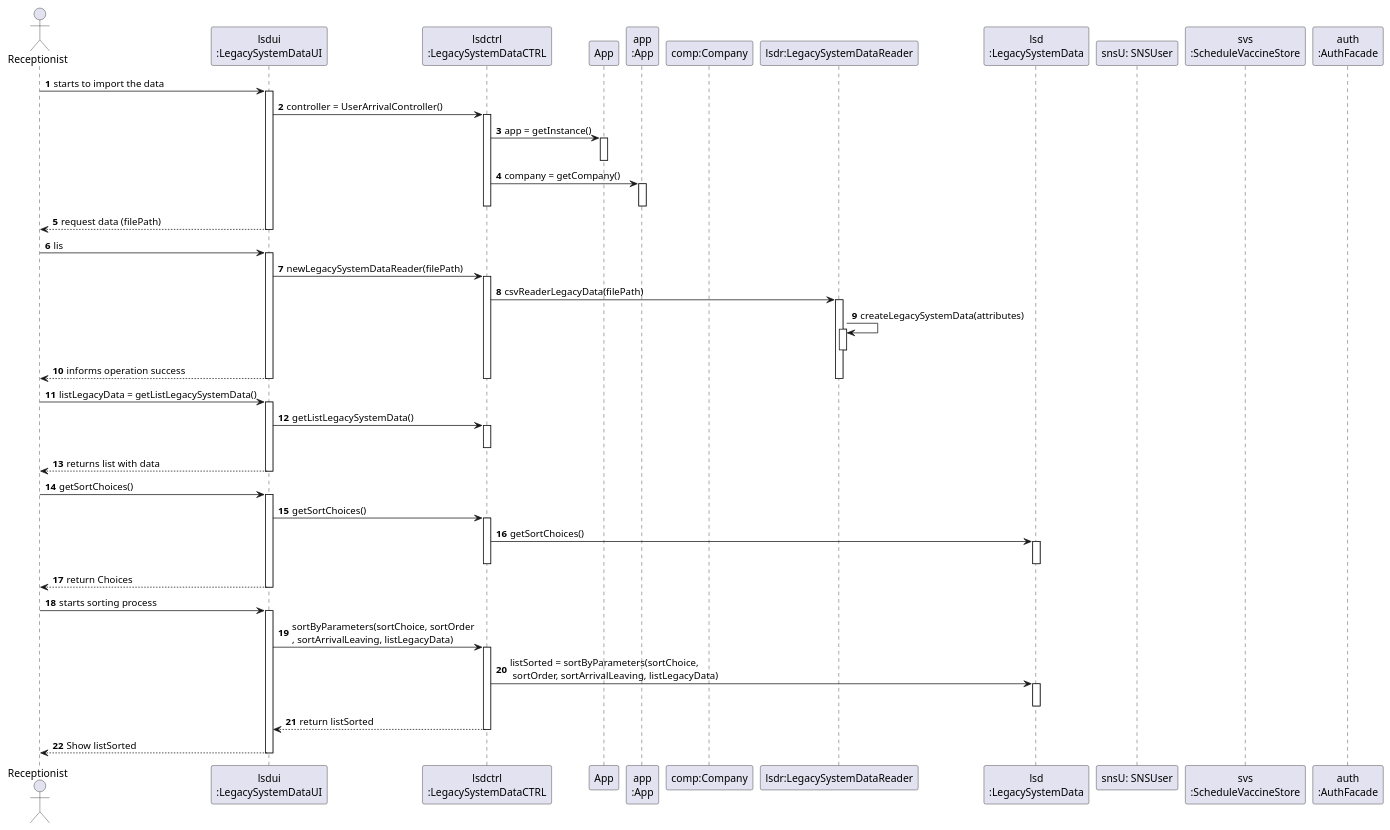
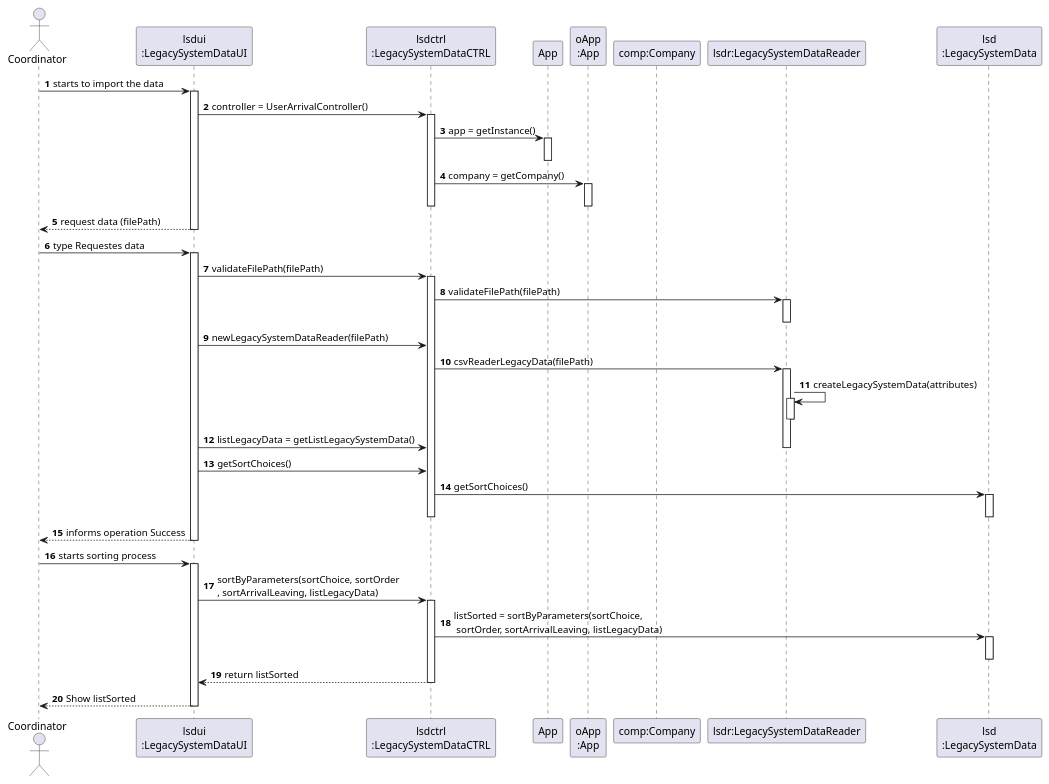
One commit to diogonapoles/isep-lapr2 changed the diagram in docs/SprintD/US17/US17_SD.puml. Above: the diagram before and after it, drawn with PlantUML. The commit also changed 16 other files, not shown here.

```diff
--- a/docs/SprintD/US17/US17_SD.puml
+++ b/docs/SprintD/US17/US17_SD.puml
@@ -1,118 +1,106 @@
 @startuml
 
 autonumber
-actor "Receptionist" as RCP
+actor "Coordinator" as COO
 
 
 participant "lsdui\n:LegacySystemDataUI" as UI
 participant "lsdctrl\n:LegacySystemDataCTRL" as CTRL
 participant "App" as APP
-participant "app\n:App" as App
+participant "oApp\n:App" as App
 participant "comp:Company" as COMP
 participant "lsdr:LegacySystemDataReader" as LSDR
 participant "lsd\n:LegacySystemData" as LSD
-participant "snsU: SNSUser" as snsU
-participant "svs\n:ScheduleVaccineStore" as SVS
-participant "auth\n:AuthFacade" as AF
 
 
 
-RCP -> UI : starts to import the data
+
+COO -> UI : starts to import the data
 activate UI
 UI -> CTRL : controller = UserArrivalController()
 activate CTRL
 CTRL -> APP : app = getInstance()
 activate APP
 deactivate APP
 CTRL -> App : company = getCompany()
 activate App
 deactivate App
 
 deactivate CTRL
 
-UI --> RCP : request data (filePath)
+UI --> COO : request data (filePath)
 deactivate UI
 
-RCP -> UI : lis
+COO -> UI : type Requestes data
 activate UI
 
+UI-> CTRL: validateFilePath(filePath)
+activate CTRL
+
+CTRL-> LSDR :validateFilePath(filePath)
+activate LSDR
+deactivate LSDR
 UI -> CTRL : newLegacySystemDataReader(filePath)
-activate CTRL
+
 
 CTRL -> LSDR : csvReaderLegacyData(filePath)
 activate LSDR
 
 
 LSDR -> LSDR : createLegacySystemData(attributes)
 activate LSDR
 deactivate LSDR
 
-
-UI --> RCP : informs operation success
+UI -> CTRL : listLegacyData = getListLegacySystemData()
 deactivate LSDR
-deactivate CTRL
-deactivate UI
-
-
-RCP -> UI : listLegacyData = getListLegacySystemData()
-activate UI
-
-UI -> CTRL : getListLegacySystemData()
-activate CTRL
-deactivate CTRL
-
-UI --> RCP : returns list with data
-deactivate LSDR
-deactivate CTRL
-deactivate UI
 
 
 
-RCP -> UI : getSortChoices()
-activate UI
+
+
 
 UI -> CTRL : getSortChoices()
-activate CTRL
+
 
 
 CTRL -> LSD : getSortChoices()
 activate LSD
 deactivate LSD
 deactivate CTRL
 
 
-UI --> RCP : return Choices
+UI --> COO : informs operation Success
 
 deactivate LSDR
 deactivate CTRL
 deactivate UI
 
 
 
 
-RCP -> UI : starts sorting process
+COO -> UI : starts sorting process
 activate UI
 
 UI -> CTRL : sortByParameters(sortChoice, sortOrder\n, sortArrivalLeaving, listLegacyData)
 activate CTRL
 
 
 CTRL -> LSD : listSorted = sortByParameters(sortChoice,\n sortOrder, sortArrivalLeaving, listLegacyData)
 activate LSD
 deactivate LSD
 
 
 
 CTRL --> UI : return listSorted
 deactivate CTRL
-UI --> RCP : Show listSorted
+UI --> COO : Show listSorted
 
 deactivate LSDR
 deactivate CTRL
 deactivate UI
-deactivate RCP
+deactivate COO
 
 
 
 
 @enduml
```
